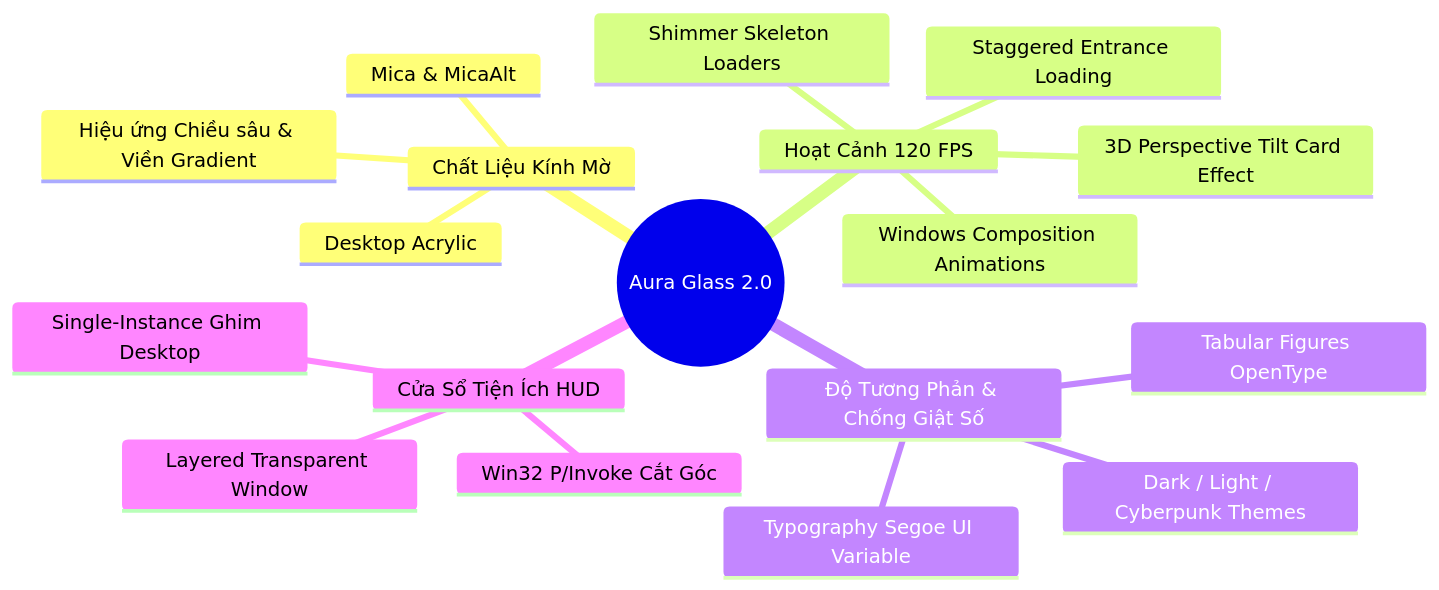
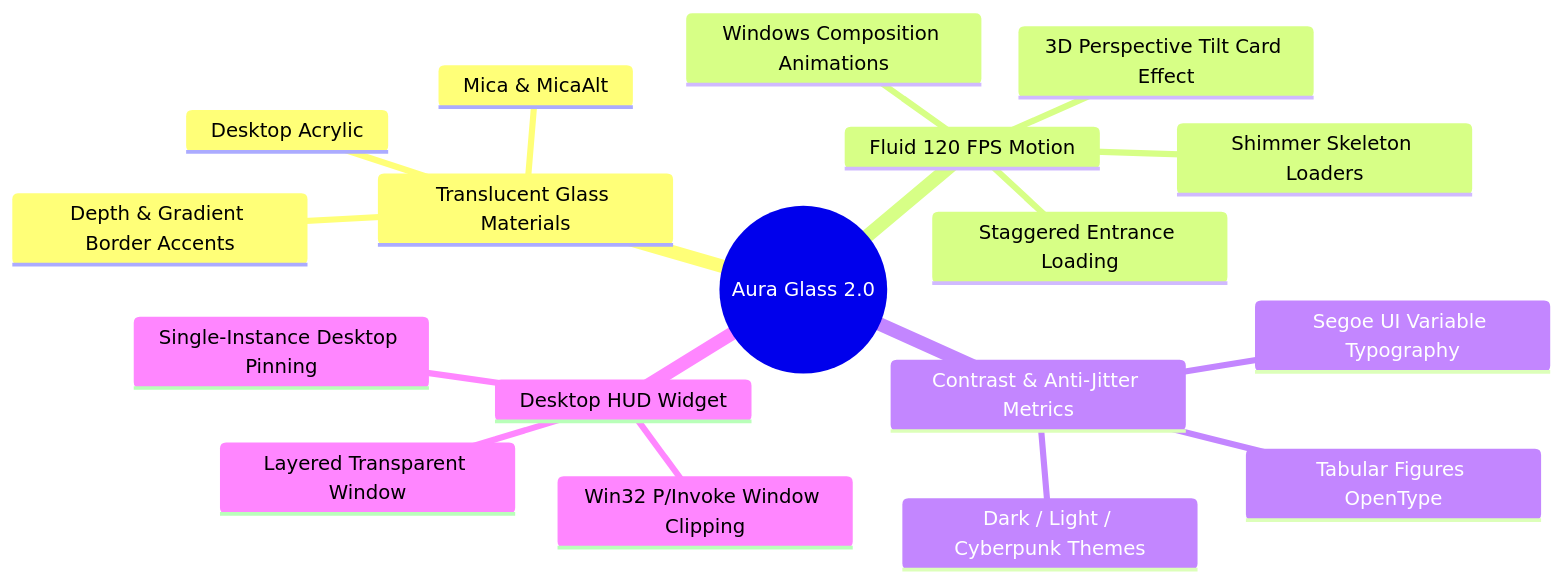
One commit to Nguyen-Trung-Tien/WinCarePro changed the diagram in docs/07_UI_UX_DESIGN_SYSTEM.md. Above: the diagram before and after it, drawn with Mermaid. The commit also changed other lines of this file and 39 other files, not shown here.

Commit message:
docs: add comprehensive system documentation, architecture guides, developer onboarding, and AI agent rule/skill sets

````diff
--- a/docs/07_UI_UX_DESIGN_SYSTEM.md
+++ b/docs/07_UI_UX_DESIGN_SYSTEM.md
@@ -11,21 +11,21 @@
 ```mermaid
 mindmap
   root((Aura Glass 2.0))
-    Chất Liệu Kính Mờ
+    Translucent Glass Materials
       Mica & MicaAlt
       Desktop Acrylic
-      Hiệu ứng Chiều sâu & Viền Gradient
-    Hoạt Cảnh 120 FPS
+      Depth & Gradient Border Accents
+    Fluid 120 FPS Motion
       Windows Composition Animations
       Staggered Entrance Loading
       3D Perspective Tilt Card Effect
       Shimmer Skeleton Loaders
-    Độ Tương Phản & Chống Giật Số
-      Typography Segoe UI Variable
+    Contrast & Anti-Jitter Metrics
+      Segoe UI Variable Typography
       Tabular Figures OpenType
       Dark / Light / Cyberpunk Themes
-    Cửa Sổ Tiện Ích HUD
+    Desktop HUD Widget
       Layered Transparent Window
-      Single-Instance Ghim Desktop
-      Win32 P/Invoke Cắt Góc
+      Single-Instance Desktop Pinning
+      Win32 P/Invoke Window Clipping
 ```
````
